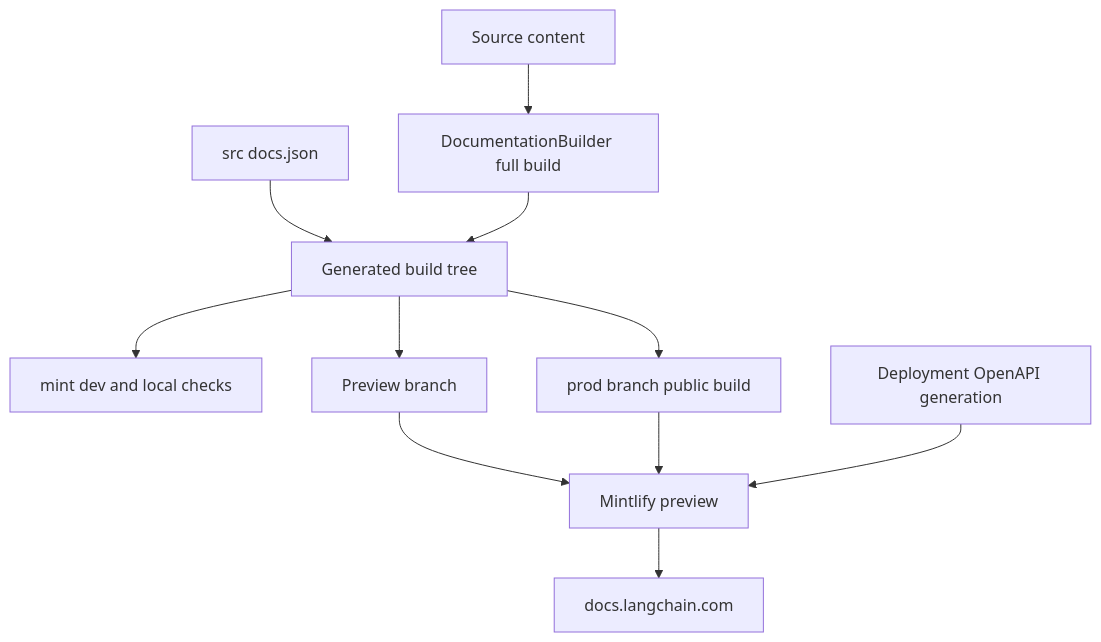
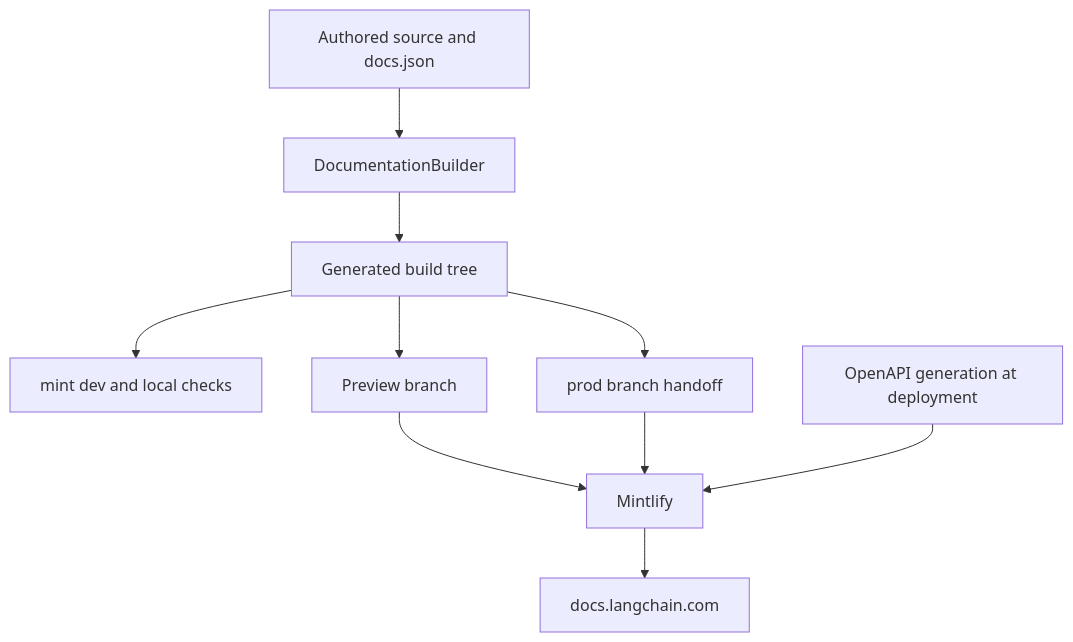
One commit to langchain-ai/docs changed the diagram in openwiki/integrations/mintlify.md. Above: the diagram before and after it, drawn with Mermaid. The commit also changed other lines of this file and 20 other files, not shown here.

````diff
--- a/openwiki/integrations/mintlify.md
+++ b/openwiki/integrations/mintlify.md
@@ -43,13 +47,12 @@
 ```mermaid
 flowchart TD
-    Src["Source content"] --> Builder["DocumentationBuilder full build"]
-    Config["src docs.json"] --> Build["Generated build tree"]
-    Builder --> Build
+    Source["Authored source and docs.json"] --> Builder["DocumentationBuilder"]
+    Builder --> Build["Generated build tree"]
     Build --> Local["mint dev and local checks"]
     Build --> Preview["Preview branch"]
-    Build --> Prod["prod branch public build"]
-    Preview --> Mint["Mintlify preview"]
-    Prod --> Mint
-    OpenAPI["Deployment OpenAPI generation"] --> Mint
+    Build --> Production["prod branch handoff"]
+    Preview --> Mint["Mintlify"]
+    Production --> Mint
+    OpenApi["OpenAPI generation at deployment"] --> Mint
     Mint --> Site["docs.langchain.com"]
 ```
````
